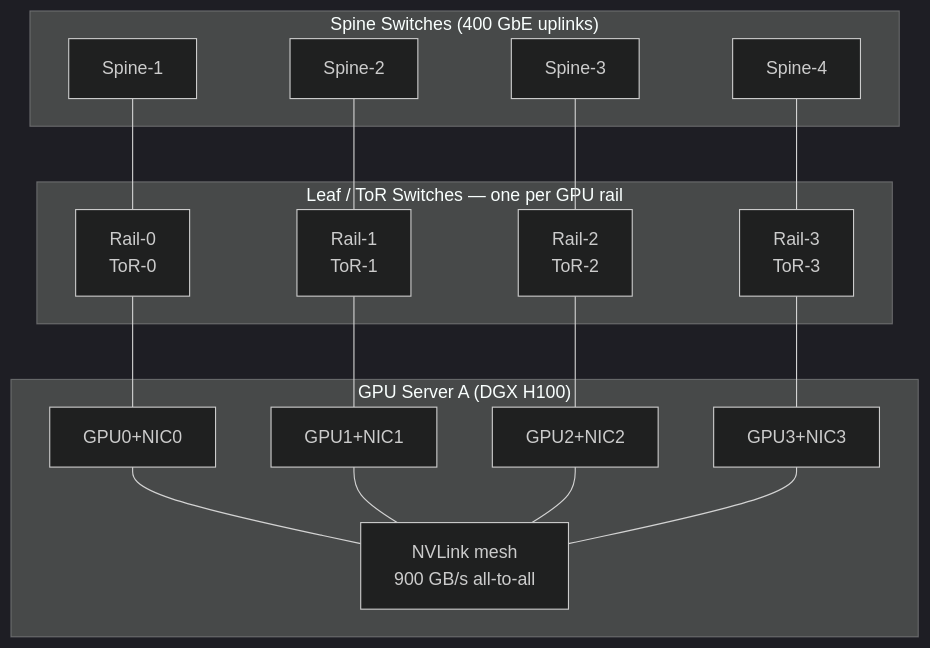
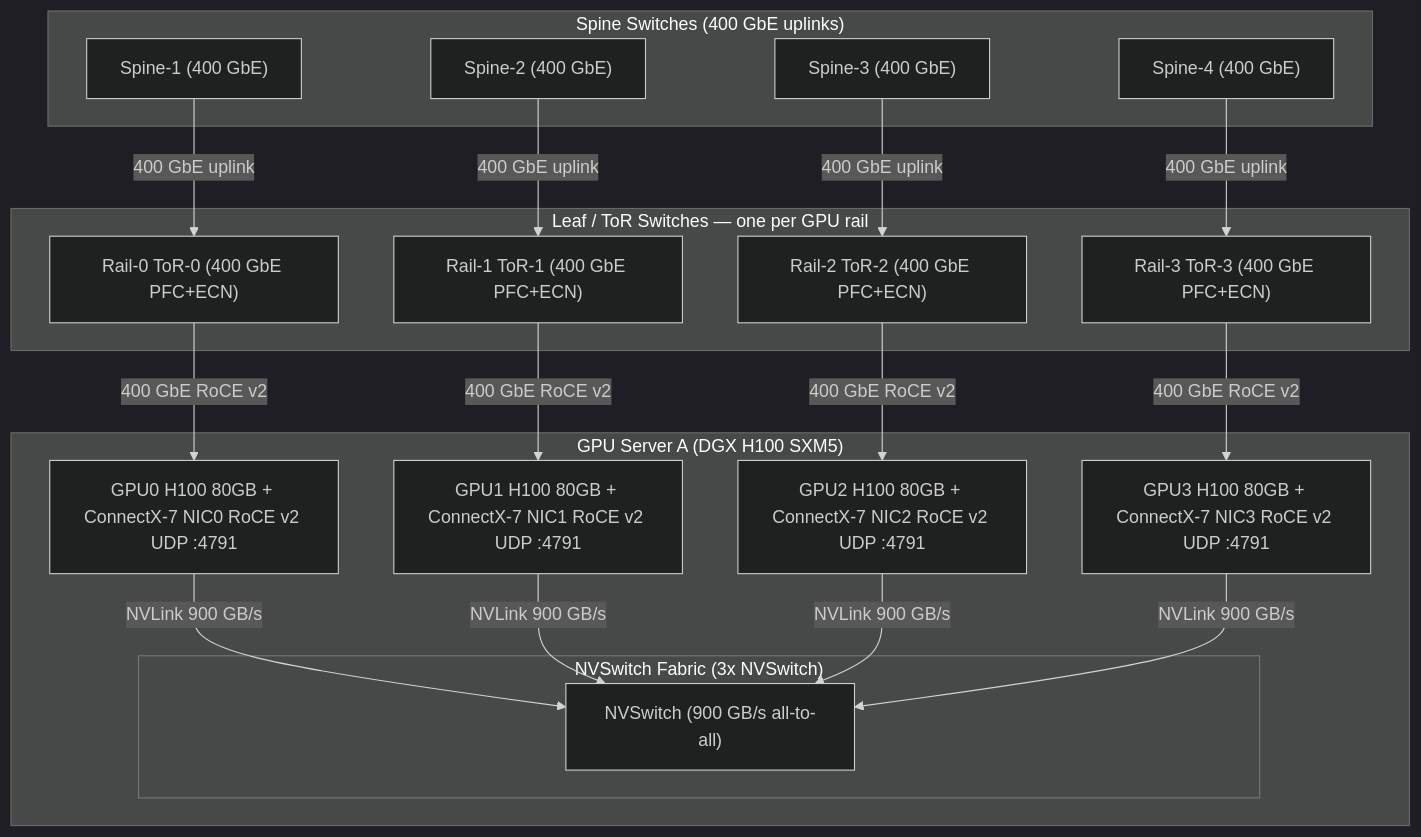
Before and after one commit to MykolaLebid/Kubernetes_networking_engineering: the first of 4 diagrams in lessons/34-ai-platform-networking.md, drawn with Mermaid (dark theme). The commit also changed other lines of this file and 35 other files, not shown here.

First line of the commit message:
Restructure all 34 lessons: Theory/Practice split, richer diagrams, industry examples, navigation

````diff
--- a/lessons/34-ai-platform-networking.md
+++ b/lessons/34-ai-platform-networking.md
@@ -58,34 +47,36 @@
 ```mermaid
 flowchart TD
     subgraph Spine["Spine Switches (400 GbE uplinks)"]
-        S1[Spine-1]
-        S2[Spine-2]
-        S3[Spine-3]
-        S4[Spine-4]
+        S1["Spine-1 (400 GbE)"]
+        S2["Spine-2 (400 GbE)"]
+        S3["Spine-3 (400 GbE)"]
+        S4["Spine-4 (400 GbE)"]
     end
     subgraph Rails["Leaf / ToR Switches — one per GPU rail"]
-        R0[Rail-0\nToR-0]
-        R1[Rail-1\nToR-1]
-        R2[Rail-2\nToR-2]
-        R3[Rail-3\nToR-3]
+        R0["Rail-0 ToR-0 (400 GbE PFC+ECN)"]
+        R1["Rail-1 ToR-1 (400 GbE PFC+ECN)"]
+        R2["Rail-2 ToR-2 (400 GbE PFC+ECN)"]
+        R3["Rail-3 ToR-3 (400 GbE PFC+ECN)"]
     end
-    subgraph ServerA["GPU Server A (DGX H100)"]
-        G0[GPU0+NIC0]
-        G1[GPU1+NIC1]
-        G2[GPU2+NIC2]
-        G3[GPU3+NIC3]
-        NVL[NVLink mesh\n900 GB/s all-to-all]
+    subgraph ServerA["GPU Server A (DGX H100 SXM5)"]
+        subgraph NVSwitchFabric["NVSwitch Fabric (3x NVSwitch)"]
+            NVS["NVSwitch (900 GB/s all-to-all)"]
+        end
+        G0["GPU0 H100 80GB + ConnectX-7 NIC0 RoCE v2 UDP :4791"]
+        G1["GPU1 H100 80GB + ConnectX-7 NIC1 RoCE v2 UDP :4791"]
+        G2["GPU2 H100 80GB + ConnectX-7 NIC2 RoCE v2 UDP :4791"]
+        G3["GPU3 H100 80GB + ConnectX-7 NIC3 RoCE v2 UDP :4791"]
+        G0 --"NVLink 900 GB/s"--> NVS
+        G1 --"NVLink 900 GB/s"--> NVS
+        G2 --"NVLink 900 GB/s"--> NVS
+        G3 --"NVLink 900 GB/s"--> NVS
     end
-    S1 --- R0
-    S2 --- R1
-    S3 --- R2
-    S4 --- R3
-    R0 --- G0
-    R1 --- G1
-    R2 --- G2
-    R3 --- G3
-    G0 --- NVL
-    G1 --- NVL
-    G2 --- NVL
-    G3 --- NVL
+    S1 --"400 GbE uplink"--> R0
+    S2 --"400 GbE uplink"--> R1
+    S3 --"400 GbE uplink"--> R2
+    S4 --"400 GbE uplink"--> R3
+    R0 --"400 GbE RoCE v2"--> G0
+    R1 --"400 GbE RoCE v2"--> G1
+    R2 --"400 GbE RoCE v2"--> G2
+    R3 --"400 GbE RoCE v2"--> G3
 ```
````
